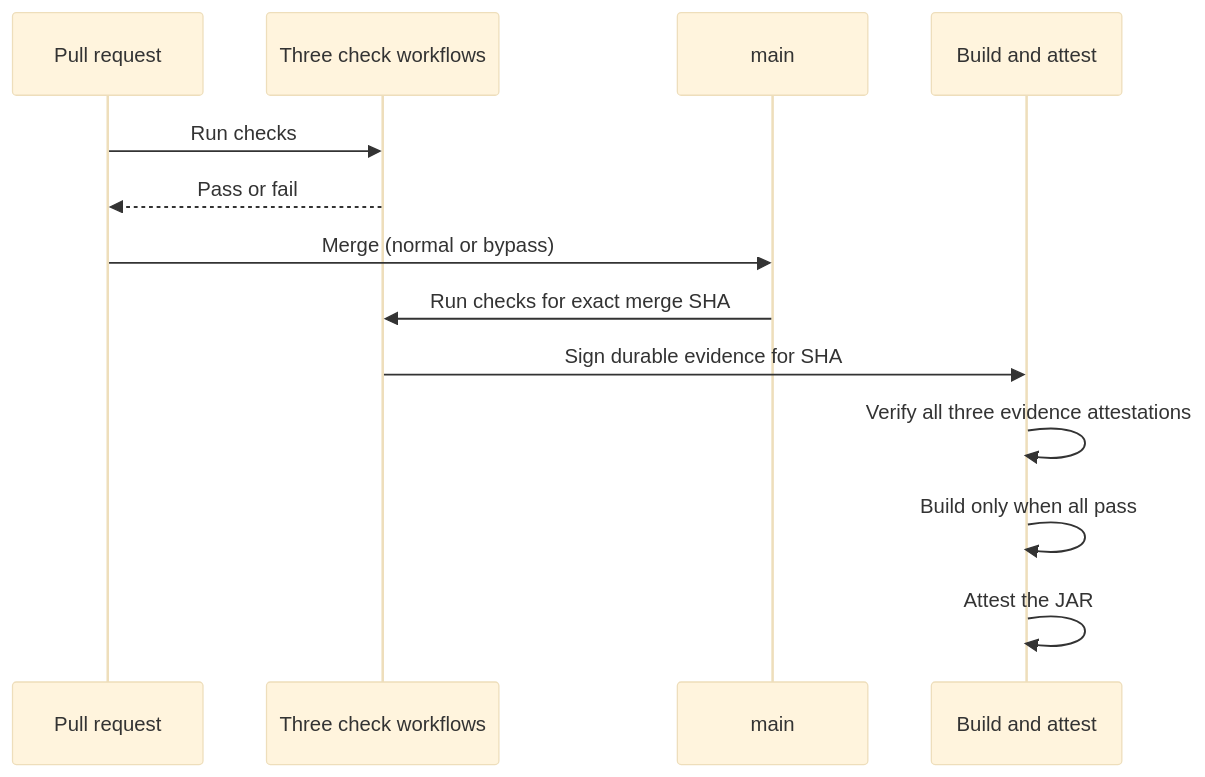
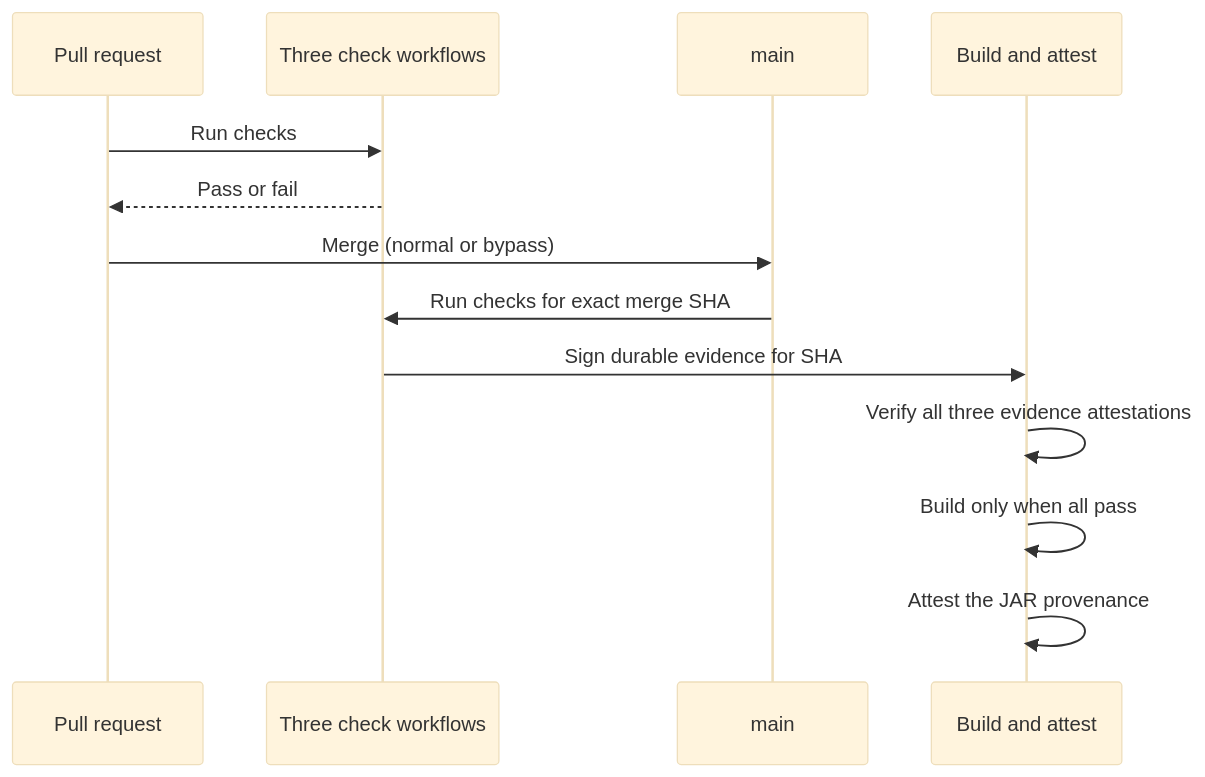
One commit to jefeish/attestation-governance changed the third of 3 diagrams in README.md. Above: the diagram before and after it, drawn with Mermaid (base theme). The commit also changed other lines of this file and 1 other file, not shown here.

````diff
--- a/README.md
+++ b/README.md
@@ -162,16 +162,16 @@
 ```mermaid
 sequenceDiagram
     participant PR as Pull request
     participant Checks as Three check workflows
     participant Main as main
     participant Release as Build and attest
 
     PR->>Checks: Run checks
     Checks-->>PR: Pass or fail
     PR->>Main: Merge (normal or bypass)
     Main->>Checks: Run checks for exact merge SHA
     Checks->>Release: Sign durable evidence for SHA
     Release->>Release: Verify all three evidence attestations
     Release->>Release: Build only when all pass
-    Release->>Release: Attest the JAR
+    Release->>Release: Attest the JAR provenance
 ```
````
